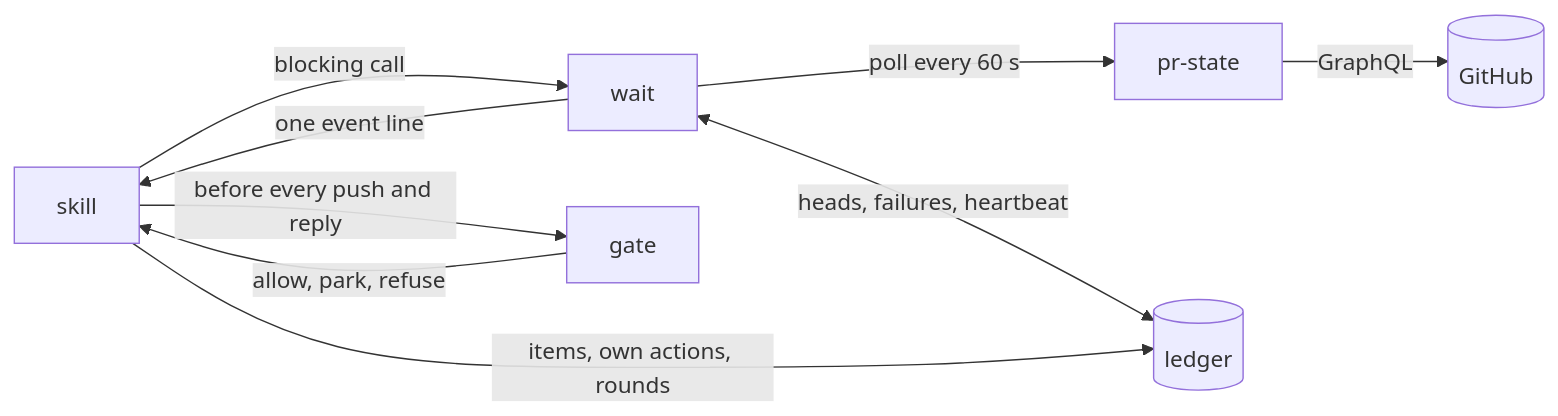
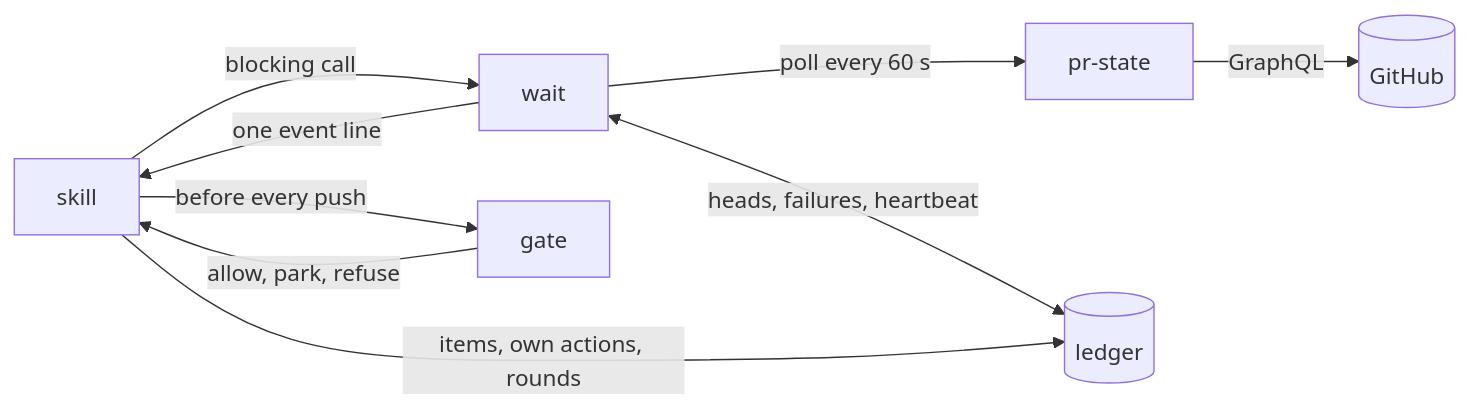
The first of 2 diagrams in docs/design/babysit.md (maro114510/skills), drawn with Mermaid before and after one commit. The commit also changed other lines of this file and 2 other files, not shown here.

First line of the commit message:
feat(babysit): add a deterministic pre-push gate (#373)

````diff
--- a/docs/design/babysit.md
+++ b/docs/design/babysit.md
@@ -14,11 +14,11 @@
 ```mermaid
 flowchart LR
   S["skill"] -->|"blocking call"| W["wait"]
   W -->|"one event line"| S
   W -->|"poll every 60 s"| P["pr-state"]
   P -->|"GraphQL"| G[(GitHub)]
   W <-->|"heads, failures, heartbeat"| L[("ledger")]
   S -->|"items, own actions, rounds"| L
-  S -->|"before every push and reply"| X["gate"]
+  S -->|"before every push"| X["gate"]
   X -->|"allow, park, refuse"| S
 ```
````
